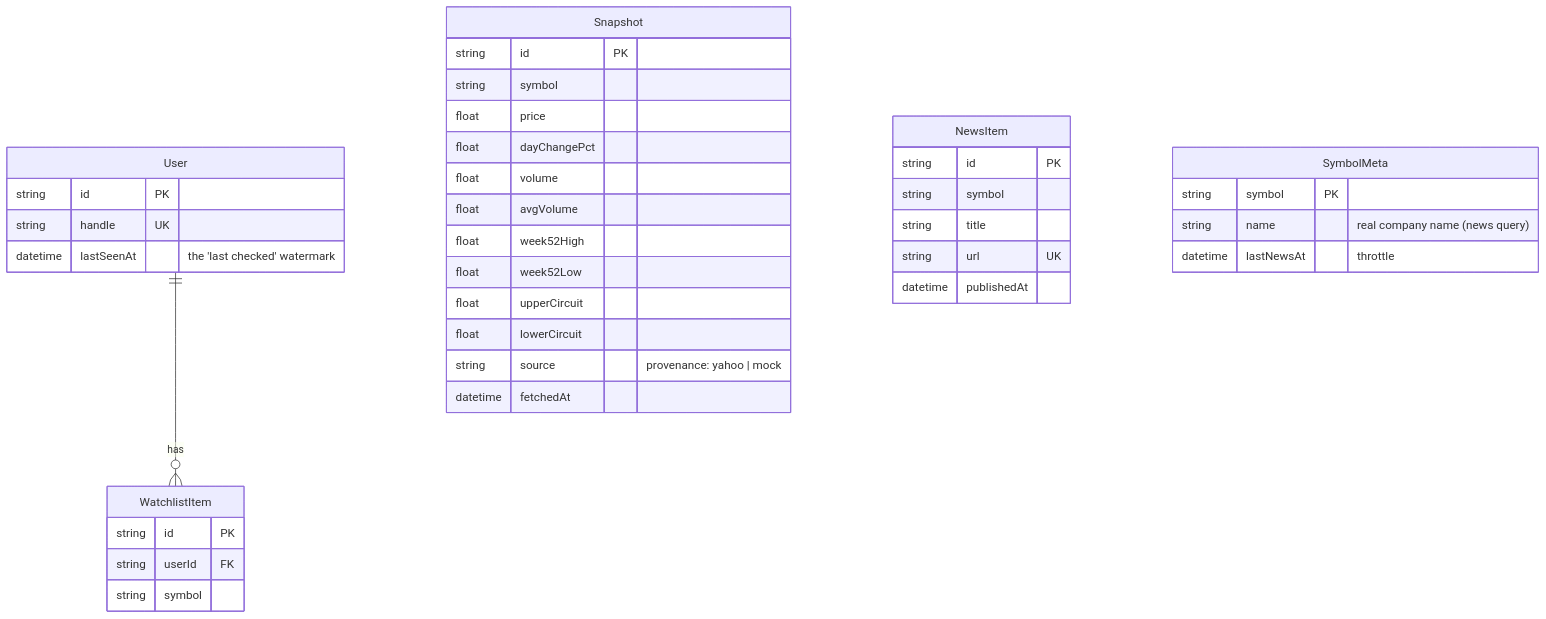
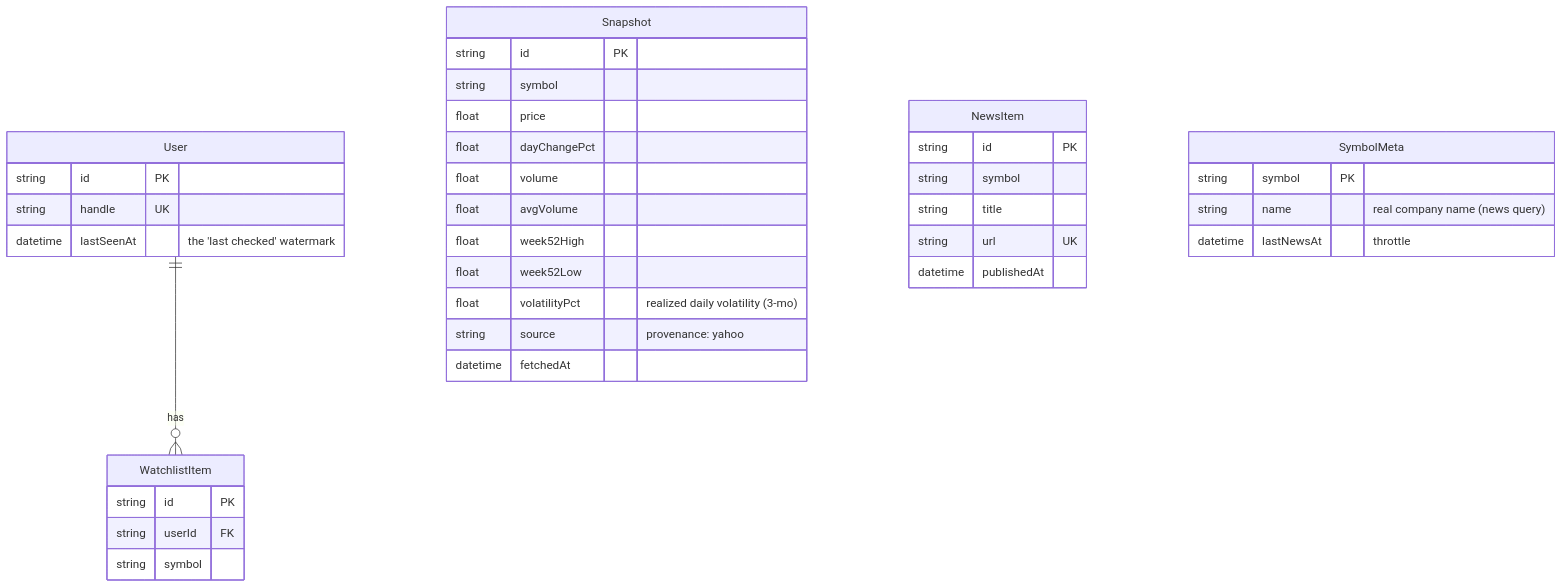
One commit to RukminiVelidi/groww-smart-watchlist changed the fourth of 4 diagrams in DESIGN.md. Above: the diagram before and after it, drawn with Mermaid. The commit also changed other lines of this file and 10 other files, not shown here.

Commit message:
Integrity pass: remove fabricating mock + guessed circuit signal; real per-stock realized volatility; empty seed list; honest docs

````diff
--- a/DESIGN.md
+++ b/DESIGN.md
@@ -203,40 +203,39 @@
 ```mermaid
 erDiagram
     User ||--o{ WatchlistItem : has
     User {
         string id PK
         string handle UK
         datetime lastSeenAt "the 'last checked' watermark"
     }
     WatchlistItem {
         string id PK
         string userId FK
         string symbol
     }
     Snapshot {
         string id PK
         string symbol
         float price
         float dayChangePct
         float volume
         float avgVolume
         float week52High
         float week52Low
-        float upperCircuit
-        float lowerCircuit
-        string source "provenance: yahoo | mock"
+        float volatilityPct "realized daily volatility (3-mo)"
+        string source "provenance: yahoo"
         datetime fetchedAt
     }
     NewsItem {
         string id PK
         string symbol
         string title
         string url UK
         datetime publishedAt
     }
     SymbolMeta {
         string symbol PK
         string name "real company name (news query)"
         datetime lastNewsAt "throttle"
     }
 ```
````
